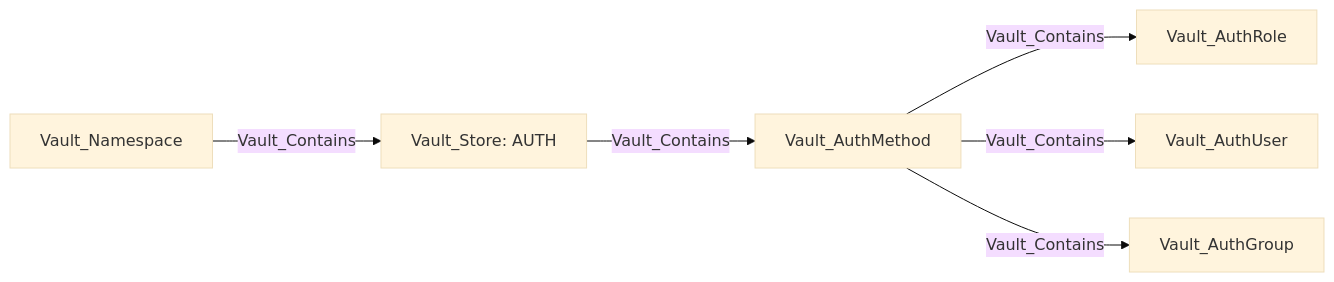
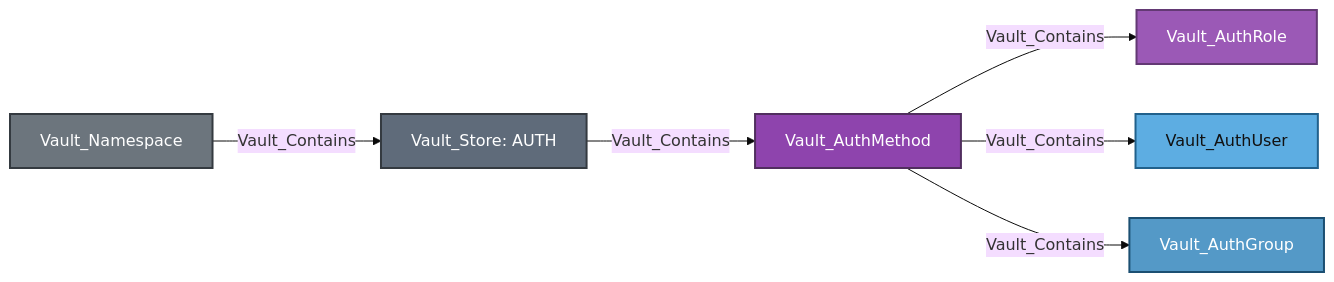
One commit to bytewreck/opengraph-vault changed the first of 28 diagrams in Documentation/stores/AUTH.md. Above: the diagram before and after it, drawn with Mermaid (base theme). The commit also changed other lines of this file, not shown here.

````diff
--- a/Documentation/stores/AUTH.md
+++ b/Documentation/stores/AUTH.md
@@ -49,8 +49,15 @@
 ```mermaid
 flowchart LR
-    namespace[Vault_Namespace] -->|Vault_Contains| store[Vault_Store: AUTH]
-    store -->|Vault_Contains| method[Vault_AuthMethod]
-    method -->|Vault_Contains| A[Vault_AuthRole]
-    method -->|Vault_Contains| B[Vault_AuthUser]
-    method -->|Vault_Contains| C[Vault_AuthGroup]
+    namespace[Vault_Namespace]:::namespaceNode -->|Vault_Contains| store[Vault_Store: AUTH]:::storeNode
+    store -->|Vault_Contains| method[Vault_AuthMethod]:::authMethodNode
+    method -->|Vault_Contains| A[Vault_AuthRole]:::authRoleNode
+    method -->|Vault_Contains| B[Vault_AuthUser]:::authUserNode
+    method -->|Vault_Contains| C[Vault_AuthGroup]:::authGroupNode
+
+    classDef namespaceNode fill:#6C757D,color:#fff,stroke:#343A40,stroke-width:2px
+    classDef storeNode fill:#5F6B7A,color:#fff,stroke:#343A40,stroke-width:2px
+    classDef authMethodNode fill:#8E44AD,color:#fff,stroke:#512E5F,stroke-width:2px
+    classDef authRoleNode fill:#9B59B6,color:#fff,stroke:#633974,stroke-width:2px
+    classDef authUserNode fill:#5DADE2,color:#111,stroke:#21618C,stroke-width:2px
+    classDef authGroupNode fill:#5499C7,color:#fff,stroke:#1B4F72,stroke-width:2px
 ```
````
